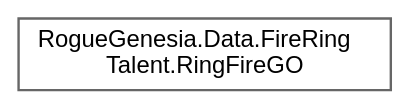
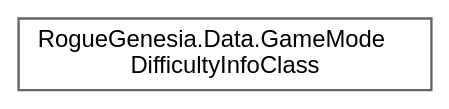
The diagram in inherit_graph_70.dot (PlexusDuMenton/RogueGenesiaModAPI), drawn with Graphviz before and after one commit. The commit also changed 2438 other files, not shown here.

```diff
--- a/inherit_graph_70.dot
+++ b/inherit_graph_70.dot
@@ -1,9 +1,9 @@
 digraph "Graphical Class Hierarchy"
 {
  // LATEX_PDF_SIZE
   bgcolor="transparent";
   edge [fontname=Helvetica,fontsize=10,labelfontname=Helvetica,labelfontsize=10];
   node [fontname=Helvetica,fontsize=10,shape=box,height=0.2,width=0.4];
   rankdir="LR";
-  Node0 [label="RogueGenesia.Data.FireRing\lTalent.RingFireGO",height=0.2,width=0.4,color="grey40", fillcolor="white", style="filled",URL="$class_rogue_genesia_1_1_data_1_1_fire_ring_talent_1_1_ring_fire_g_o.html",tooltip=" "];
+  Node0 [label="RogueGenesia.Data.GameMode\lDifficultyInfoClass",height=0.2,width=0.4,color="grey40", fillcolor="white", style="filled",URL="$class_rogue_genesia_1_1_data_1_1_game_mode_difficulty_info_class.html",tooltip=" "];
 }
```
